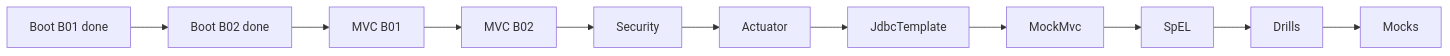
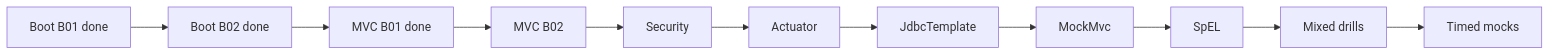
Before and after one commit to alimbetov/obsidian: the second of 2 diagrams in 00_HOME/Certification 99 Percent Readiness Dashboard.md, drawn with Mermaid. The commit also changed other lines of this file, not shown here.

````diff
--- a/00_HOME/Certification 99 Percent Readiness Dashboard.md
+++ b/00_HOME/Certification 99 Percent Readiness Dashboard.md
@@ -185,13 +225,13 @@
 ```mermaid
 flowchart LR
     B1["Boot B01 done"] --> B2["Boot B02 done"]
-    B2 --> MVC1["MVC B01"]
+    B2 --> MVC1["MVC B01 done"]
     MVC1 --> MVC2["MVC B02"]
     MVC2 --> SEC["Security"]
     SEC --> ACT["Actuator"]
     ACT --> JDBC["JdbcTemplate"]
     JDBC --> WEBTEST["MockMvc"]
     WEBTEST --> SPEL["SpEL"]
-    SPEL --> DRILLS["Drills"]
-    DRILLS --> MOCKS["Mocks"]
+    SPEL --> DRILLS["Mixed drills"]
+    DRILLS --> MOCKS["Timed mocks"]
 ```
````
